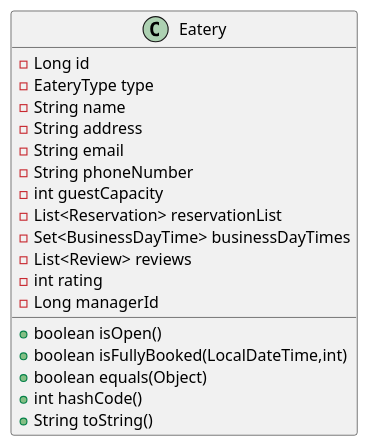
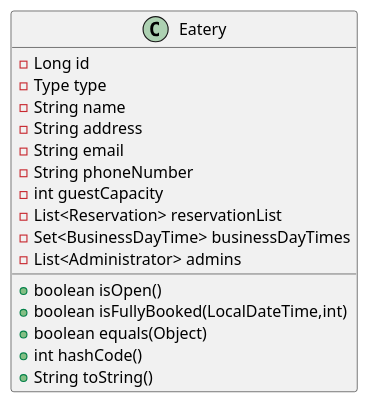
Before and after one commit to kyklospi/eatery: the diagram in diagram/eatery.puml, drawn with PlantUML. The commit also changed 12 other files, not shown here.

Commit message:
add domain diagram and sms notification handler

```diff
--- a/diagram/eatery.puml
+++ b/diagram/eatery.puml
@@ -1,21 +1,19 @@
 @startuml
 class Eatery {
 - Long id
-- EateryType type
+- Type type
 - String name
 - String address
 - String email
 - String phoneNumber
 - int guestCapacity
 - List<Reservation> reservationList
 - Set<BusinessDayTime> businessDayTimes
-- List<Review> reviews
-- int rating
-- Long managerId
+- List<Administrator> admins
 + boolean isOpen()
 + boolean isFullyBooked(LocalDateTime,int)
 + boolean equals(Object)
 + int hashCode()
 + String toString()
 }
 @enduml
```
